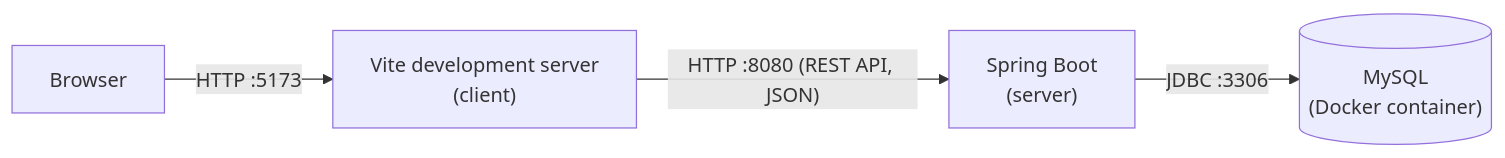
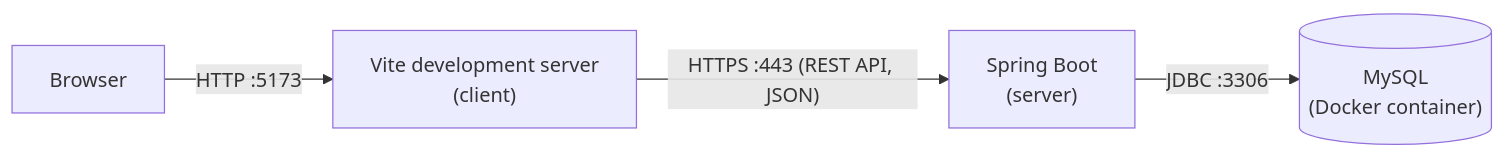
Before and after one commit to codeurjc-students/2026-Kombo: the second of 2 diagrams in docs/development-guide.md, drawn with Mermaid. The commit also changed other lines of this file and 5 other files, not shown here.

````diff
--- a/docs/development-guide.md
+++ b/docs/development-guide.md
@@ -143,6 +149,6 @@
 ```mermaid
 flowchart LR
     B["Browser"] -- "HTTP :5173" --> V["Vite development server<br/>(client)"]
-    V -- "HTTP :8080 (REST API, JSON)" --> S["Spring Boot<br/>(server)"]
+    V -- "HTTPS :443 (REST API, JSON)" --> S["Spring Boot<br/>(server)"]
     S -- "JDBC :3306" --> D[("MySQL<br/>(Docker container)")]
 ```
````
